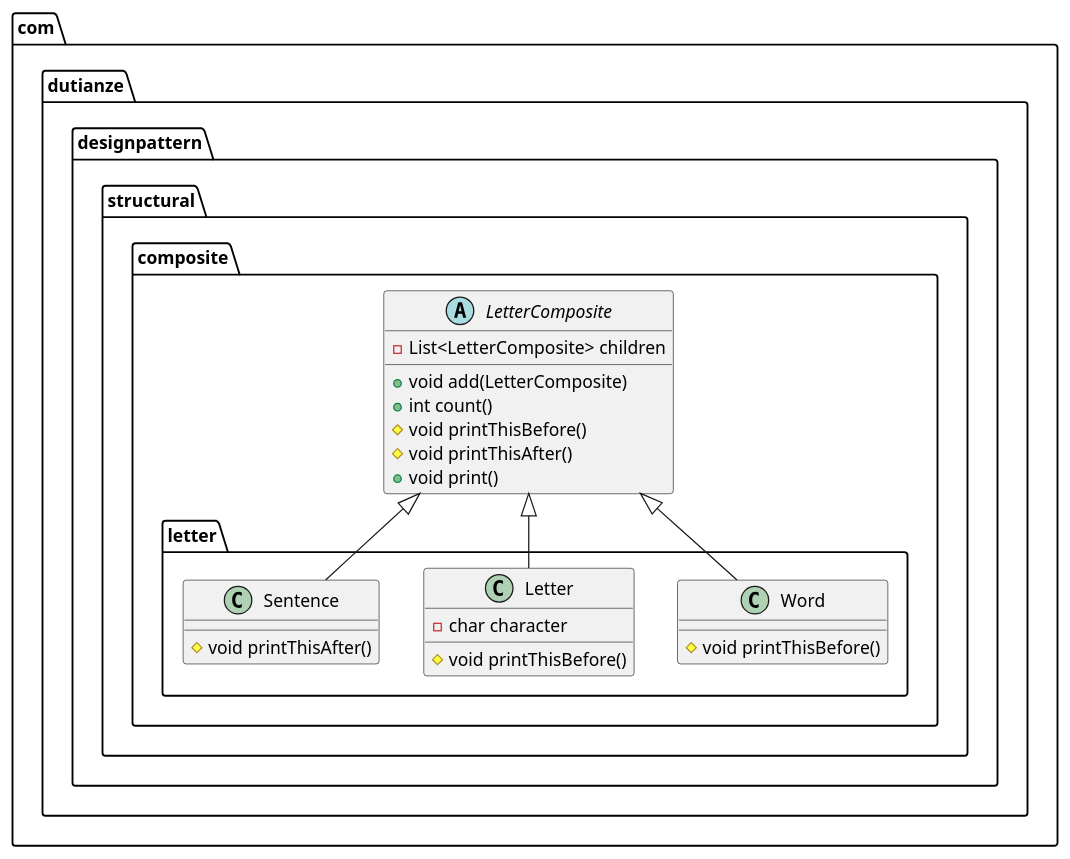
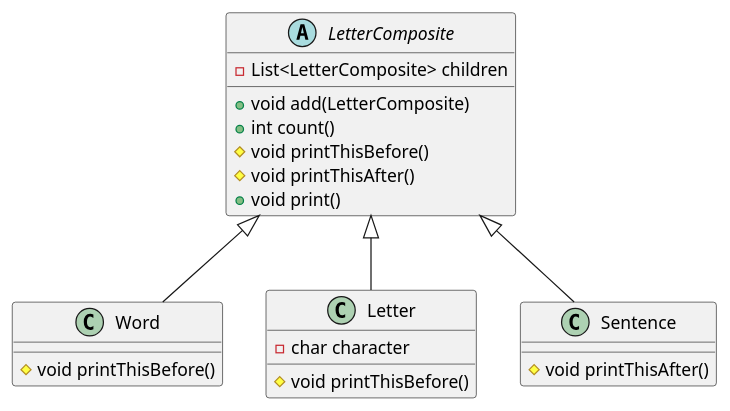
The diagram in design/design-pattern/src/main/java/com/dutianze/designpattern/structural/composite/composite.puml (duTianze/my-java), drawn with PlantUML before and after one commit. The commit also changed 12 other files, not shown here.

```diff
--- a/design/design-pattern/src/main/java/com/dutianze/designpattern/structural/composite/composite.puml
+++ b/design/design-pattern/src/main/java/com/dutianze/designpattern/structural/composite/composite.puml
@@ -1,25 +1,25 @@
 @startuml
-abstract class com.dutianze.designpattern.structural.composite.LetterComposite {
+abstract class LetterComposite {
 - List<LetterComposite> children
 + void add(LetterComposite)
 + int count()
 # void printThisBefore()
 # void printThisAfter()
 + void print()
 }
-class com.dutianze.designpattern.structural.composite.letter.Word {
+class Word {
 # void printThisBefore()
 }
-class com.dutianze.designpattern.structural.composite.letter.Letter {
+class Letter {
 - char character
 # void printThisBefore()
 }
-class com.dutianze.designpattern.structural.composite.letter.Sentence {
+class Sentence {
 # void printThisAfter()
 }
 
 
-com.dutianze.designpattern.structural.composite.LetterComposite <|-- com.dutianze.designpattern.structural.composite.letter.Word
-com.dutianze.designpattern.structural.composite.LetterComposite <|-- com.dutianze.designpattern.structural.composite.letter.Letter
-com.dutianze.designpattern.structural.composite.LetterComposite <|-- com.dutianze.designpattern.structural.composite.letter.Sentence
+LetterComposite <|-- Word
+LetterComposite <|-- Letter
+LetterComposite <|-- Sentence
 @enduml
```
